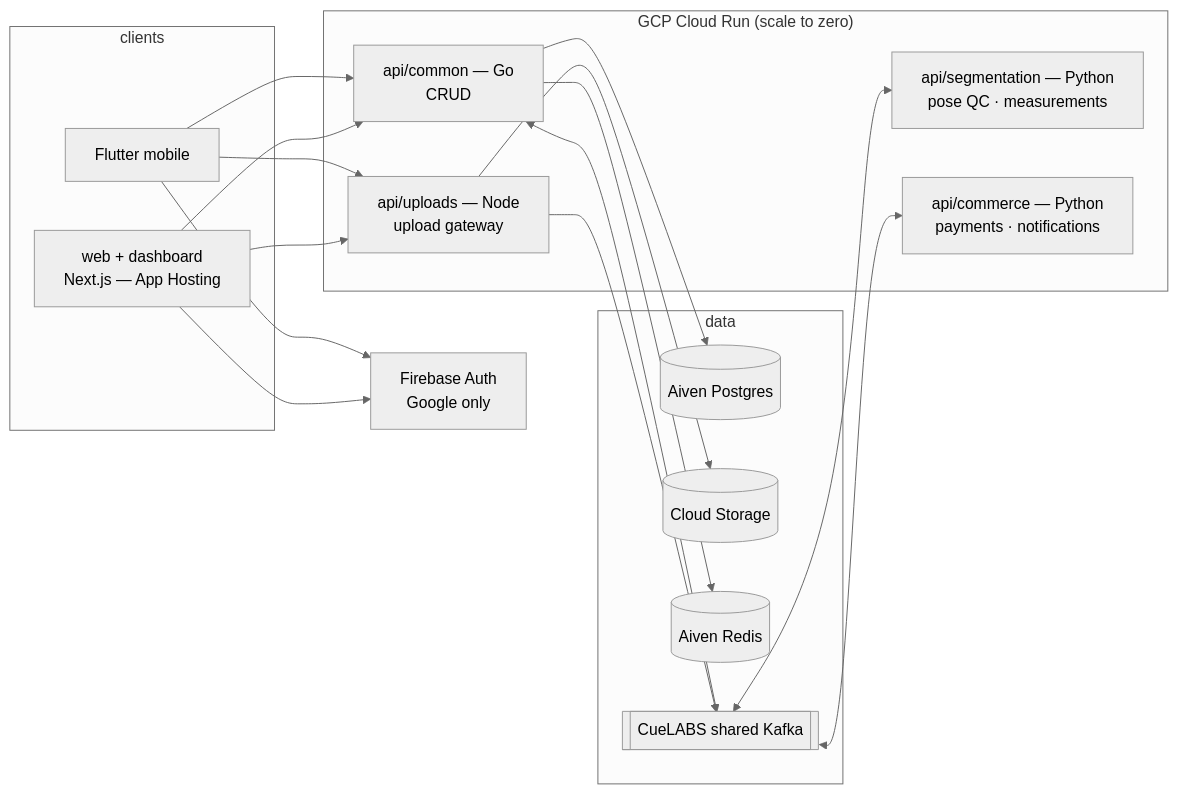
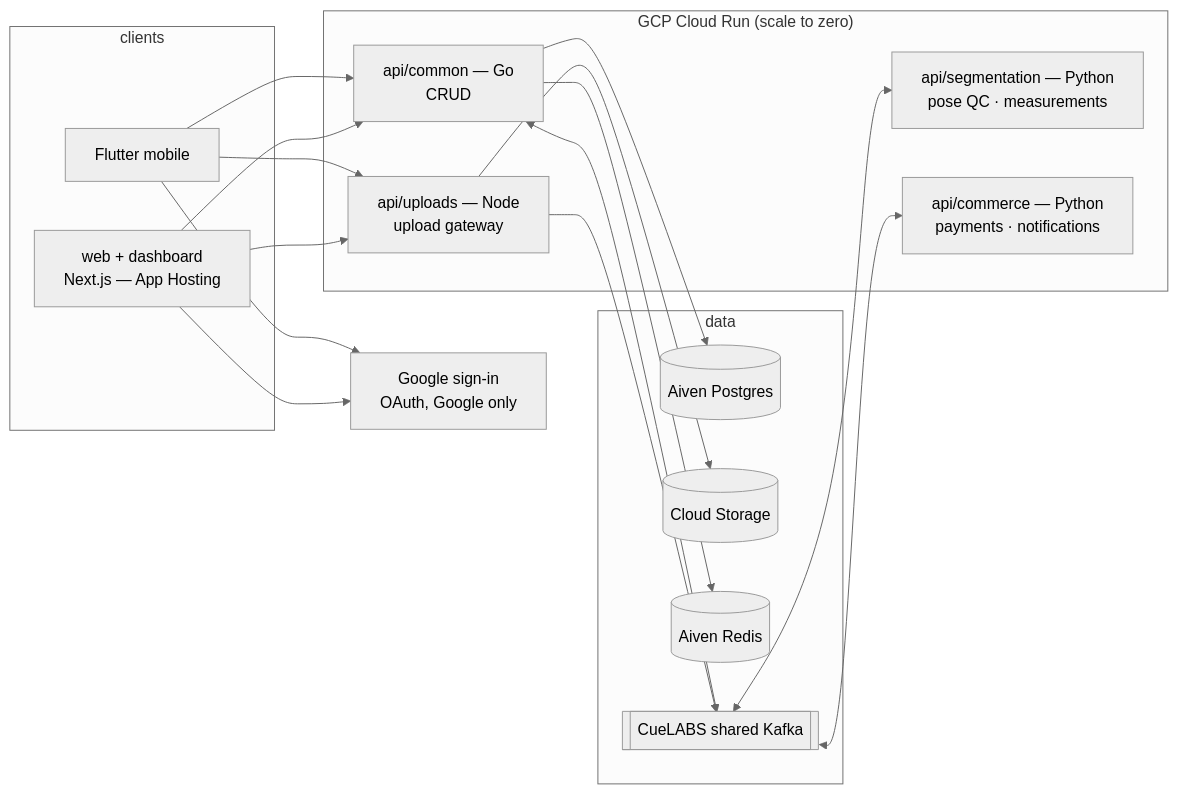
The diagram in README.md (cuesoftinc/apparule), drawn with Mermaid (neutral theme) before and after one commit. The commit also changed other lines of this file and 96 other files, not shown here.

First line of the commit message:
feat: Google sign-in through the API handoff on web and mobile (#274)

````diff
--- a/README.md
+++ b/README.md
@@ -23,33 +23,33 @@
 ```mermaid
 flowchart LR
     subgraph clients
         WEB[web + dashboard<br/>Next.js — App Hosting]
         MOB[Flutter mobile]
     end
-    FB[Firebase Auth<br/>Google only]
+    GS[Google sign-in<br/>OAuth, Google only]
     subgraph server["GCP Cloud Run (scale to zero)"]
         AC[api/common — Go<br/>CRUD]
         UP[api/uploads — Node<br/>upload gateway]
         SG[api/segmentation — Python<br/>pose QC · measurements]
         CM[api/commerce — Python<br/>payments · notifications]
     end
     subgraph data
         PG[(Aiven Postgres)]
         CS[(Cloud Storage)]
         RD[(Aiven Redis)]
         K[[CueLABS shared Kafka]]
     end
-    WEB --> FB
-    MOB --> FB
+    WEB --> GS
+    MOB --> GS
     WEB --> AC
     MOB --> AC
     WEB --> UP
     MOB --> UP
     AC --> PG
     AC --> RD
     UP --> CS
     UP --> K
     AC <--> K
     K <--> SG
     K <--> CM
 ```
````
